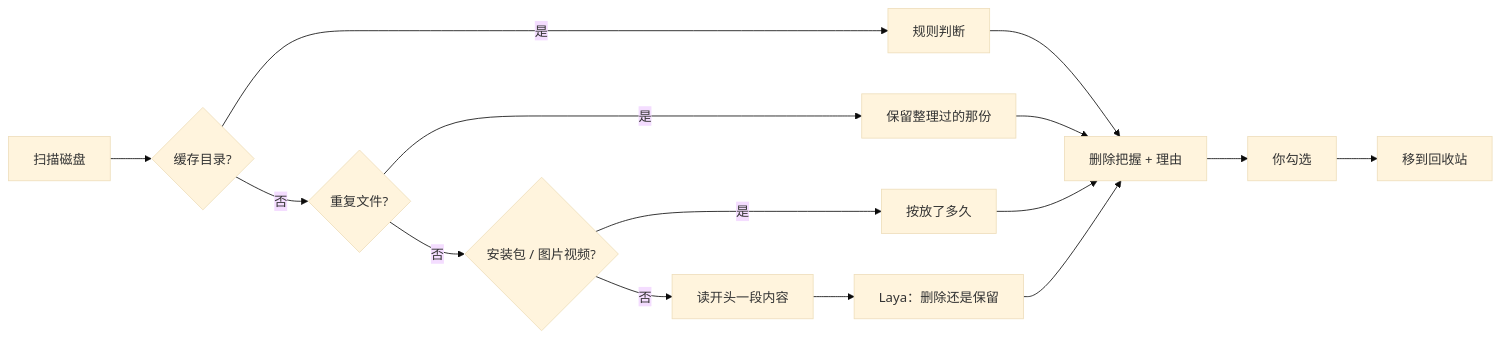
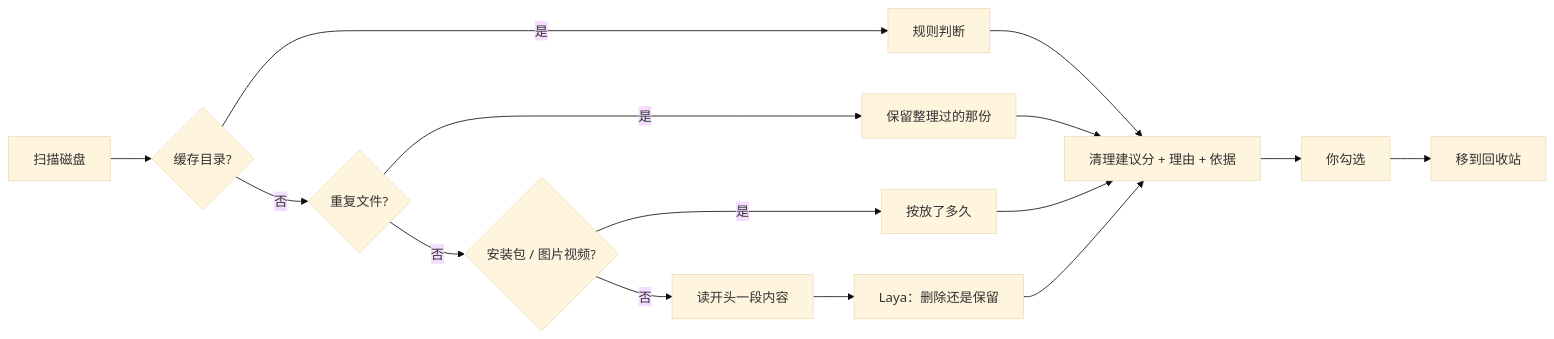
Before and after one commit to Quietcatalpa/reckon: the first of 2 diagrams in README.md, drawn with Mermaid (base theme). The commit also changed other lines of this file and 17 other files, not shown here.

````diff
--- a/README.md
+++ b/README.md
@@ -64,11 +64,11 @@
 ```mermaid
 flowchart LR
     A[扫描磁盘] --> B{缓存目录?}
     B -- 是 --> R1[规则判断]
     B -- 否 --> C{重复文件?}
     C -- 是 --> R2[保留整理过的那份]
     C -- 否 --> D{安装包 / 图片视频?}
     D -- 是 --> R3[按放了多久]
     D -- 否 --> E[读开头一段内容] --> L[Laya：删除还是保留]
-    R1 & R2 & R3 & L --> F[删除把握 + 理由] --> G[你勾选] --> H[移到回收站]
+    R1 & R2 & R3 & L --> F[清理建议分 + 理由 + 依据] --> G[你勾选] --> H[移到回收站]
 ```
````
